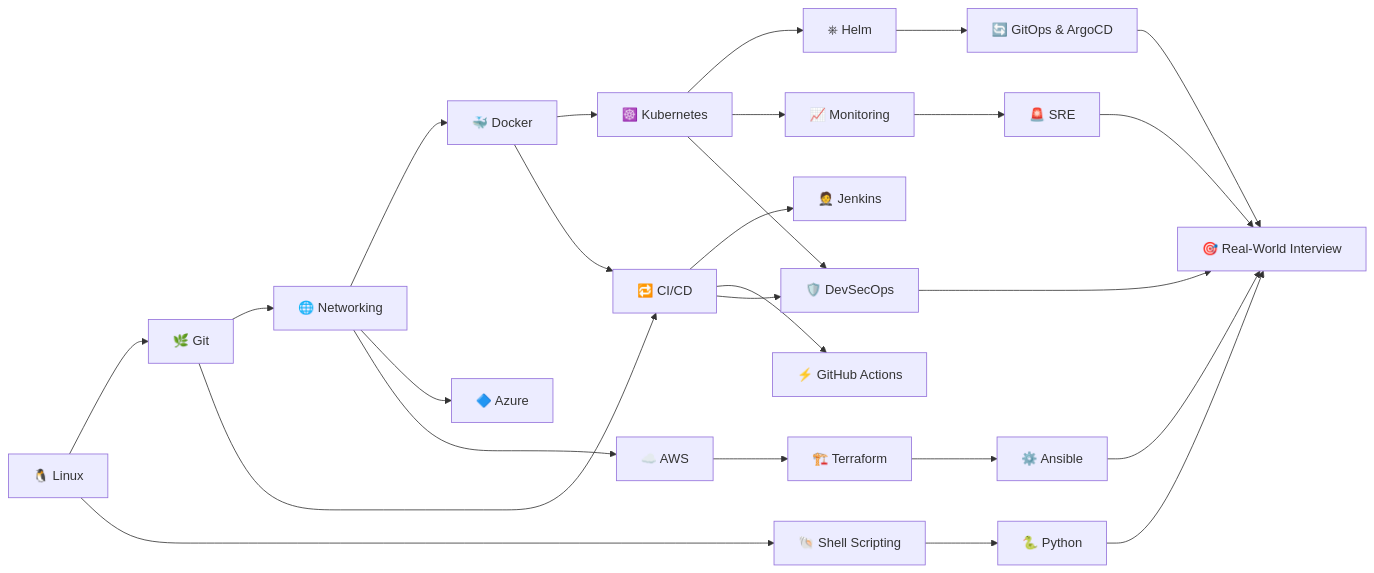
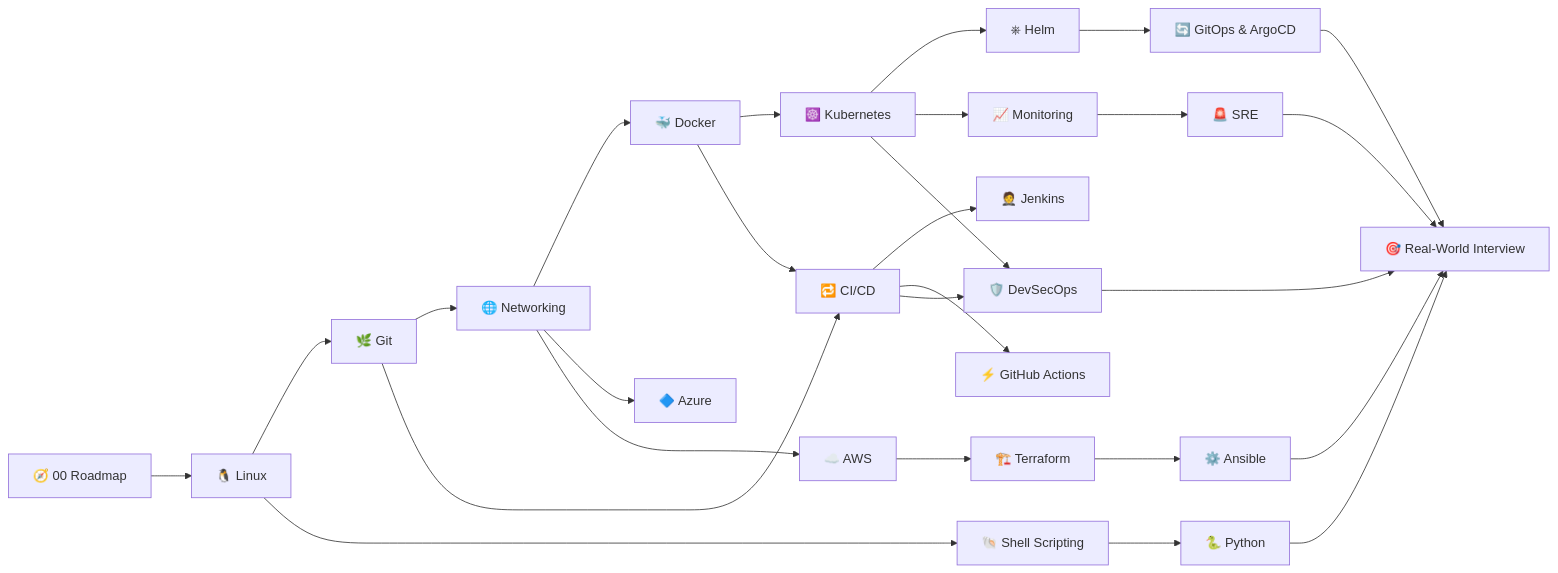
One commit to jaiswaladi246/DevOps-Cloud-Interview-Preparation-by-DevOps-Shack changed the first of 2 diagrams in README.md. Above: the diagram before and after it, drawn with Mermaid. The commit also changed other lines of this file and 27 other files, not shown here.

First line of the commit message:
Add Ultimate DevOps Roadmap, split scenario and troubleshooting banks, renumber topics

````diff
--- a/README.md
+++ b/README.md
@@ -84,28 +92,29 @@
 ```mermaid
 flowchart LR
-    A["🐧 Linux"] --> B["🌿 Git"]
+    R0["🧭 00 Roadmap"] --> A["🐧 Linux"]
+    A --> B["🌿 Git"]
     A --> S["🐚 Shell Scripting"]
     S --> P["🐍 Python"]
     B --> C["🌐 Networking"]
     C --> D["🐳 Docker"]
     D --> E["☸️ Kubernetes"]
     B --> F["🔁 CI/CD"]
     D --> F
     F --> JK["🤵 Jenkins"]
     F --> GA["⚡ GitHub Actions"]
     E --> HM["⎈ Helm"]
     HM --> GO["🔄 GitOps & ArgoCD"]
     C --> AZ["🔷 Azure"]
     C --> G["☁️ AWS"]
     G --> H["🏗️ Terraform"]
     H --> I["⚙️ Ansible"]
     E --> J["📈 Monitoring"]
     F --> K["🛡️ DevSecOps"]
     E --> K
     J --> SR["🚨 SRE"]
     SR --> L["🎯 Real-World Interview"]
     GO --> L
     P --> L
     K --> L
     I --> L
 ```
````
